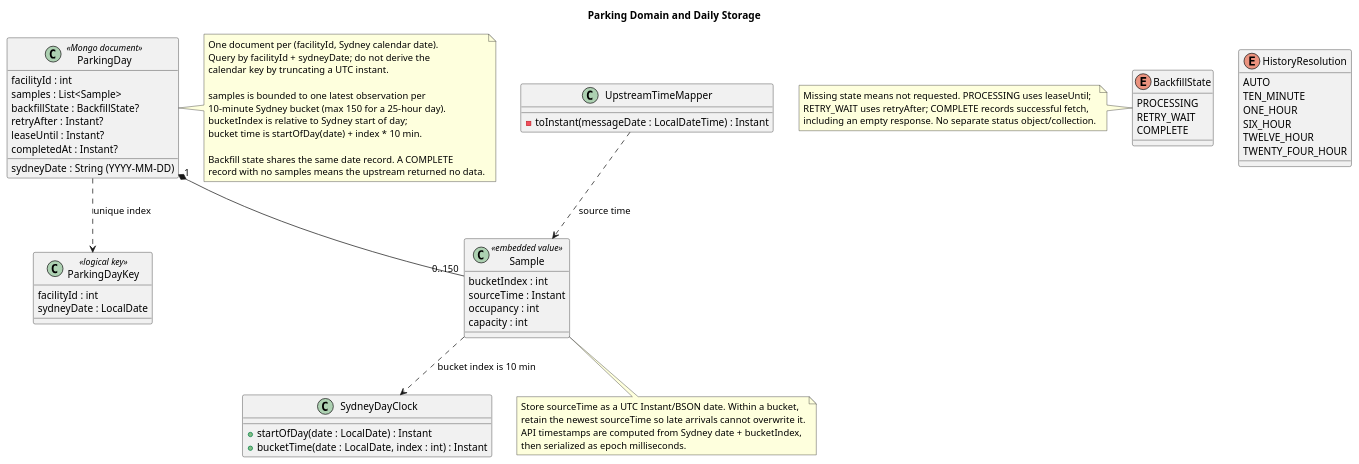
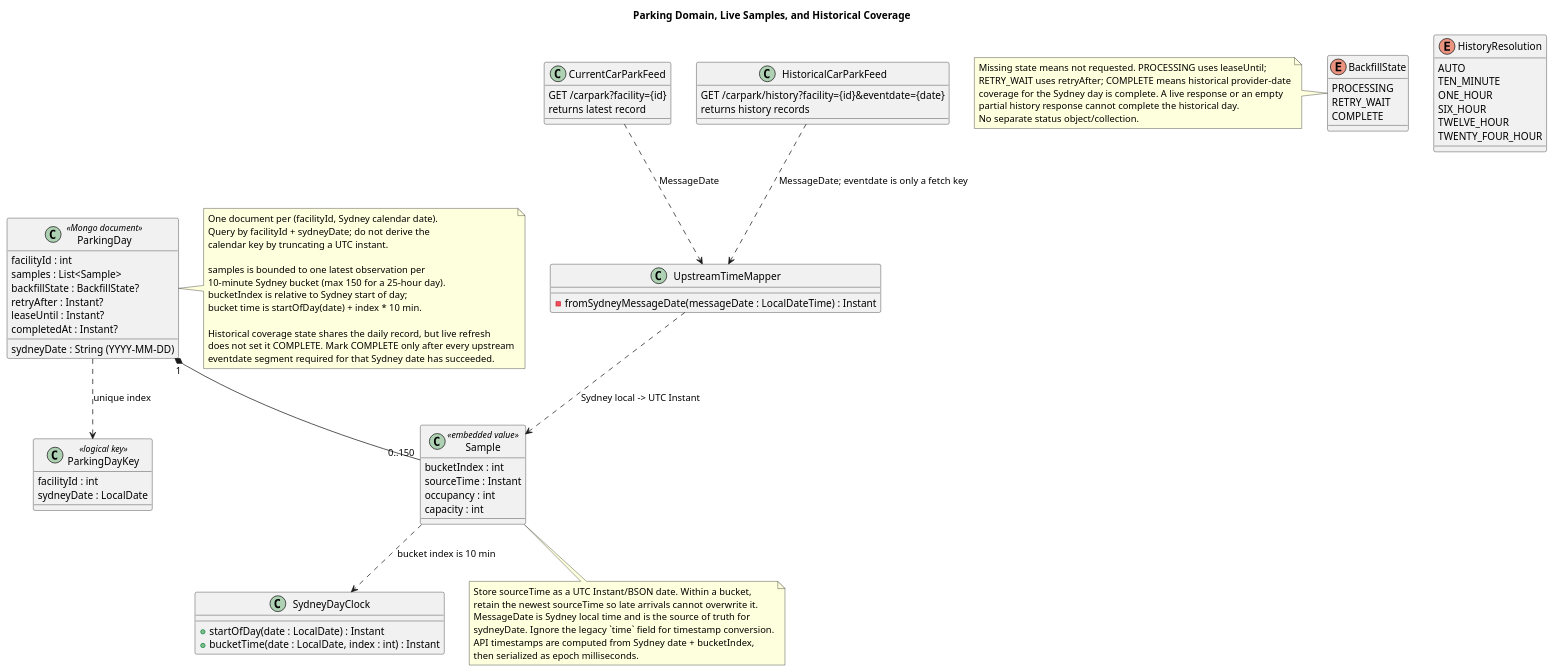
One commit to Ethan-Singh/metro-parking-web-service changed the diagram in domain/models/parking-domain.puml. Above: the diagram before and after it, drawn with PlantUML. The commit also changed 2 other files, not shown here.

Commit message:
docs: specify live and history ingestion split

```diff
--- a/domain/models/parking-domain.puml
+++ b/domain/models/parking-domain.puml
@@ -1,82 +1,99 @@
 @startuml
-title Parking Domain and Daily Storage
+title Parking Domain, Live Samples, and Historical Coverage
 skinparam packageStyle rectangle
 
 enum HistoryResolution {
   AUTO
   TEN_MINUTE
   ONE_HOUR
   SIX_HOUR
   TWELVE_HOUR
   TWENTY_FOUR_HOUR
 }
 
 enum BackfillState {
   PROCESSING
   RETRY_WAIT
   COMPLETE
 }
 
 class ParkingDay <<Mongo document>> {
   facilityId : int
   sydneyDate : String (YYYY-MM-DD)
   samples : List<Sample>
   backfillState : BackfillState?
   retryAfter : Instant?
   leaseUntil : Instant?
   completedAt : Instant?
 }
 
 class Sample <<embedded value>> {
   bucketIndex : int
   sourceTime : Instant
   occupancy : int
   capacity : int
 }
 
 class ParkingDayKey <<logical key>> {
   facilityId : int
   sydneyDate : LocalDate
 }
 
 class SydneyDayClock {
   + startOfDay(date : LocalDate) : Instant
   + bucketTime(date : LocalDate, index : int) : Instant
 }
 
 class UpstreamTimeMapper {
-  - toInstant(messageDate : LocalDateTime) : Instant
+  - fromSydneyMessageDate(messageDate : LocalDateTime) : Instant
+}
+
+class CurrentCarParkFeed {
+  GET /carpark?facility={id}
+  returns latest record
+}
+
+class HistoricalCarParkFeed {
+  GET /carpark/history?facility={id}&eventdate={date}
+  returns history records
 }
 
 ParkingDay "1" *-- "0..150" Sample
 ParkingDay ..> ParkingDayKey : unique index
 Sample ..> SydneyDayClock : bucket index is 10 min
-UpstreamTimeMapper ..> Sample : source time
+CurrentCarParkFeed ..> UpstreamTimeMapper : MessageDate
+HistoricalCarParkFeed ..> UpstreamTimeMapper : MessageDate; eventdate is only a fetch key
+UpstreamTimeMapper ..> Sample : Sydney local -> UTC Instant
 
 note right of ParkingDay
   One document per (facilityId, Sydney calendar date).
   Query by facilityId + sydneyDate; do not derive the
   calendar key by truncating a UTC instant.
 
   samples is bounded to one latest observation per
   10-minute Sydney bucket (max 150 for a 25-hour day).
   bucketIndex is relative to Sydney start of day;
   bucket time is startOfDay(date) + index * 10 min.
 
-  Backfill state shares the same date record. A COMPLETE
-  record with no samples means the upstream returned no data.
+  Historical coverage state shares the daily record, but live refresh
+  does not set it COMPLETE. Mark COMPLETE only after every upstream
+  eventdate segment required for that Sydney date has succeeded.
 end note
 
 note bottom of Sample
   Store sourceTime as a UTC Instant/BSON date. Within a bucket,
   retain the newest sourceTime so late arrivals cannot overwrite it.
+  MessageDate is Sydney local time and is the source of truth for
+  sydneyDate. Ignore the legacy `time` field for timestamp conversion.
   API timestamps are computed from Sydney date + bucketIndex,
   then serialized as epoch milliseconds.
 end note
 
 note left of BackfillState
   Missing state means not requested. PROCESSING uses leaseUntil;
-  RETRY_WAIT uses retryAfter; COMPLETE records successful fetch,
-  including an empty response. No separate status object/collection.
+  RETRY_WAIT uses retryAfter; COMPLETE means historical provider-date
+  coverage for the Sydney day is complete. A live response or an empty
+  partial history response cannot complete the historical day.
+  No separate status object/collection.
 end note
 @enduml
```
